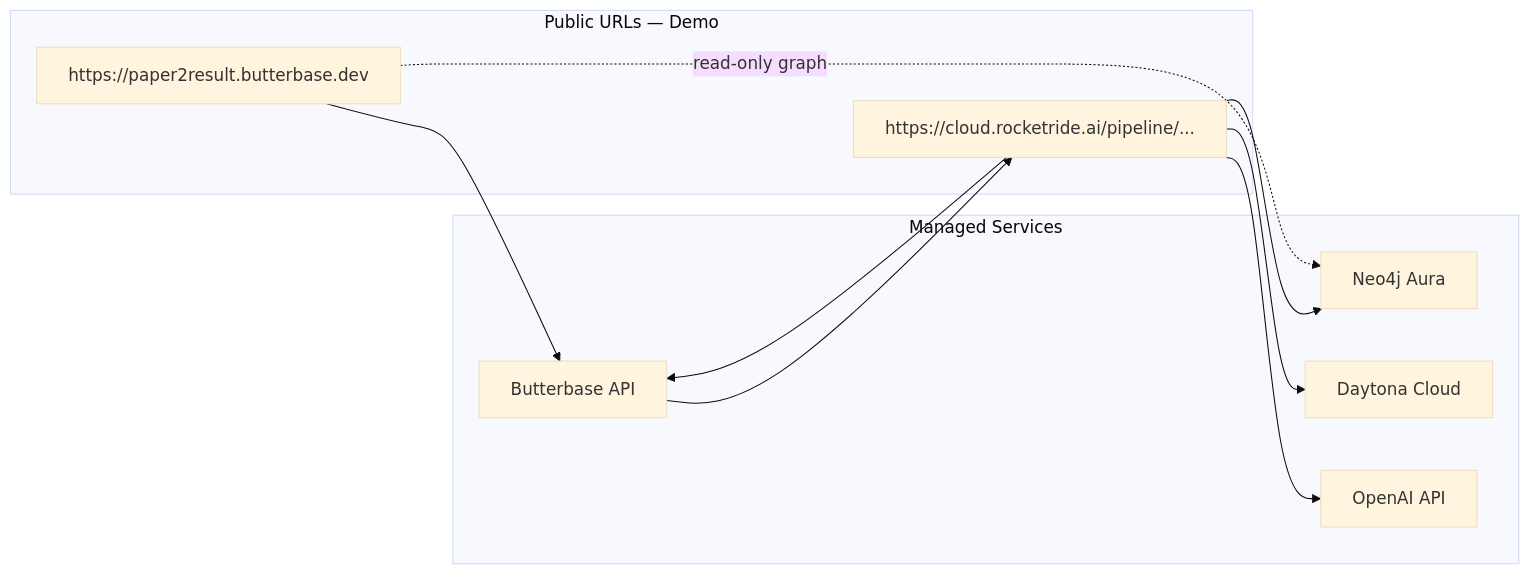
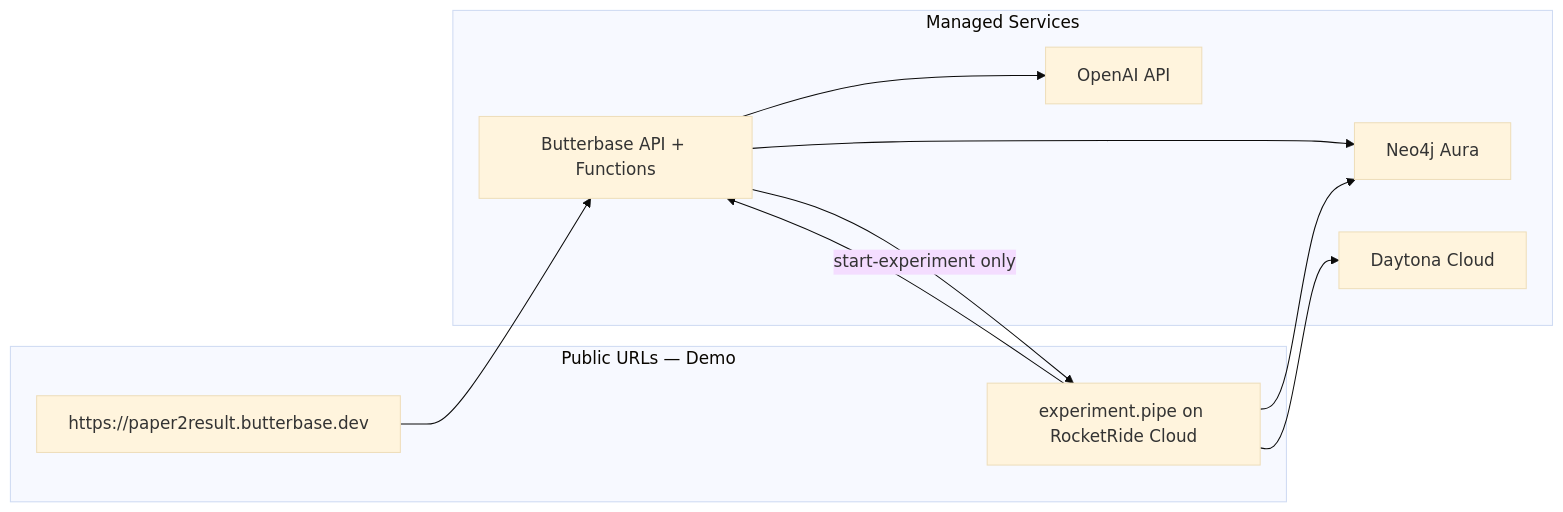
Before and after one commit to samshanmukh/Paper-to-Results-Graph: the fifth of 6 diagrams in docs/ARCHITECTURE.md, drawn with Mermaid (base theme). The commit also changed other lines of this file, not shown here.

First line of the commit message:
Revise architecture to minimize RocketRide usage

````diff
--- a/docs/ARCHITECTURE.md
+++ b/docs/ARCHITECTURE.md
@@ -550,22 +643,22 @@
 ```mermaid
 flowchart LR
     subgraph public [Public URLs — Demo]
         FE[https://paper2result.butterbase.dev]
-        RR[https://cloud.rocketride.ai/pipeline/...]
+        RR[experiment.pipe on RocketRide Cloud]
     end
 
     subgraph managed [Managed Services]
-        BB_API[Butterbase API]
+        BB_API[Butterbase API + Functions]
         Aura[Neo4j Aura]
         DayCloud[Daytona Cloud]
         OAI[OpenAI API]
     end
 
     FE --> BB_API
-    BB_API --> RR
+    BB_API --> Aura
+    BB_API --> OAI
+    BB_API -->|start-experiment only| RR
+    RR --> DayCloud
     RR --> Aura
-    RR --> DayCloud
-    RR --> OAI
     RR --> BB_API
-    FE -.->|read-only graph| Aura
 ```
````
